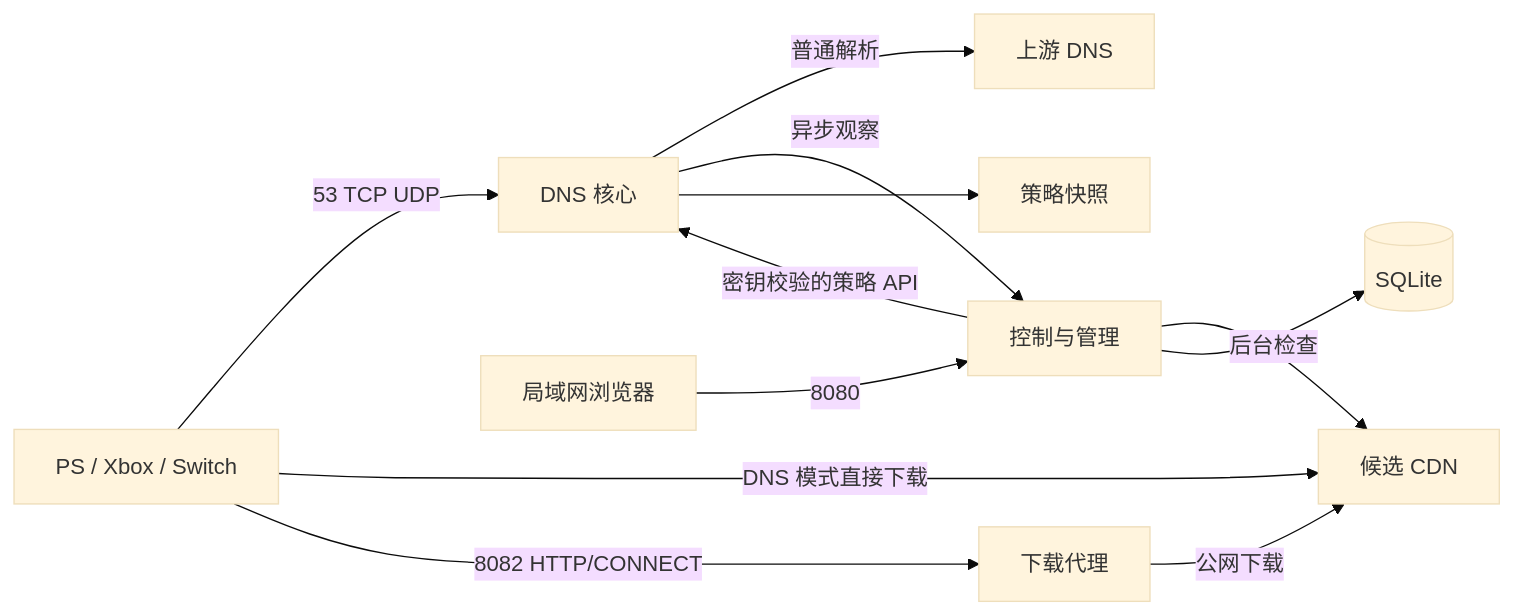
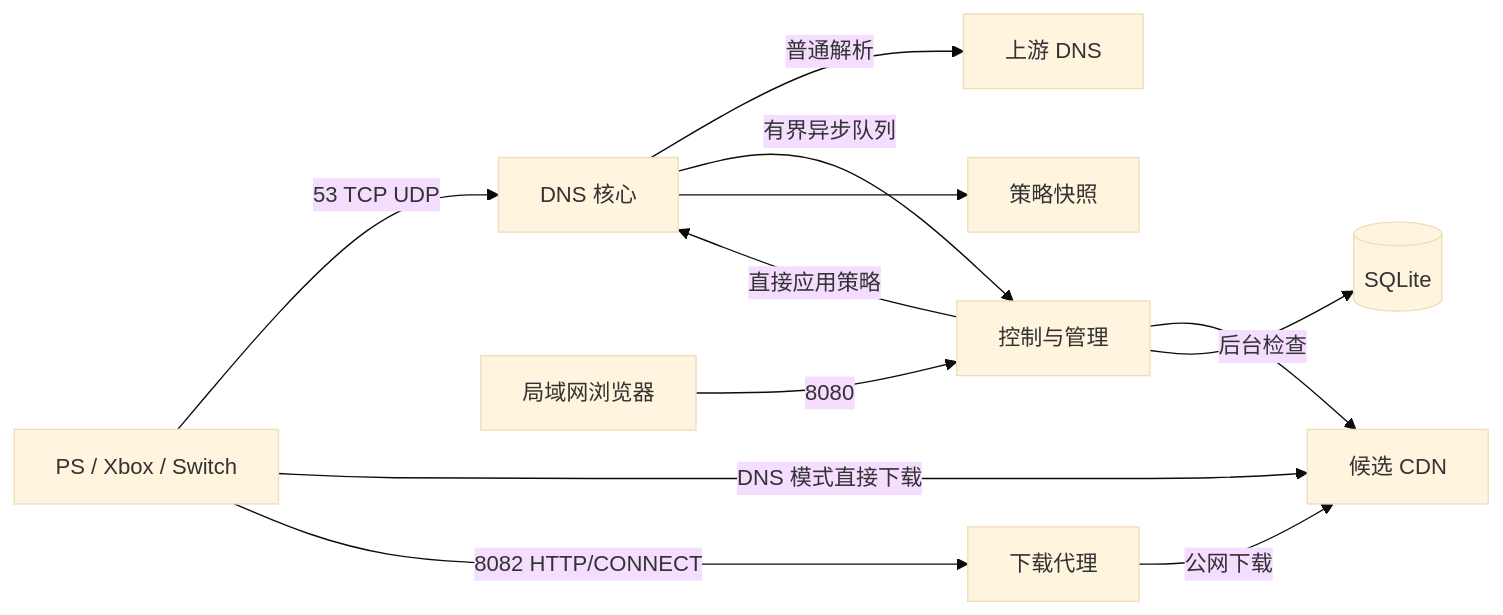
Before and after one commit to leoskey/dns-assistant: the diagram in docs/architecture/technology-selection.md, drawn with Mermaid (base theme). The commit also changed other lines of this file and 79 other files, not shown here.

````diff
--- a/docs/architecture/technology-selection.md
+++ b/docs/architecture/technology-selection.md
@@ -22,14 +22,14 @@
 ```mermaid
 flowchart LR
     Device[PS / Xbox / Switch] -->|53 TCP UDP| DNS[DNS 核心]
     DNS -->|普通解析| Upstream[上游 DNS]
     Browser[局域网浏览器] -->|8080| Controller[控制与管理]
     Controller -->|后台检查| CDN[候选 CDN]
-    Controller -->|密钥校验的策略 API| DNS
-    DNS -->|异步观察| Controller
+    Controller -->|直接应用策略| DNS
+    DNS -->|有界异步队列| Controller
     Controller --> DB[(SQLite)]
     DNS --> Snapshot[策略快照]
     Device -->|DNS 模式直接下载| CDN
     Device -->|8082 HTTP/CONNECT| DownloadProxy[下载代理]
     DownloadProxy -->|公网下载| CDN
 ```
````
